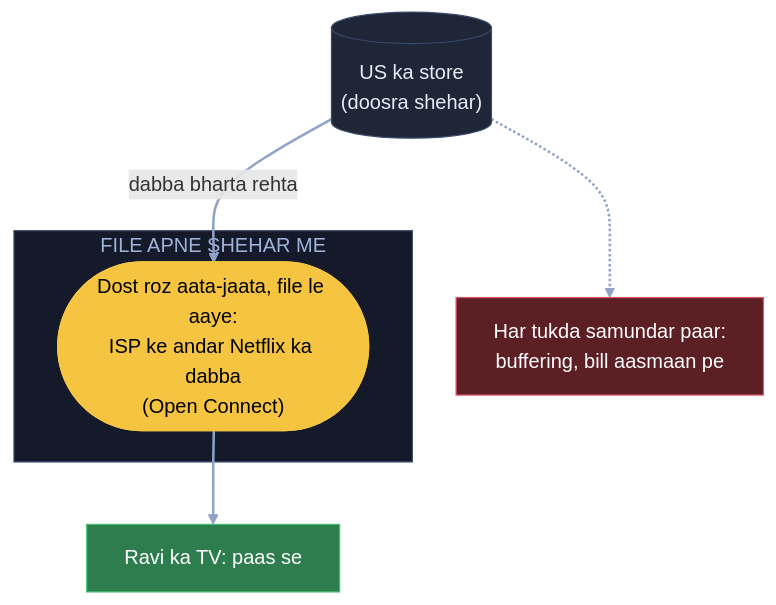
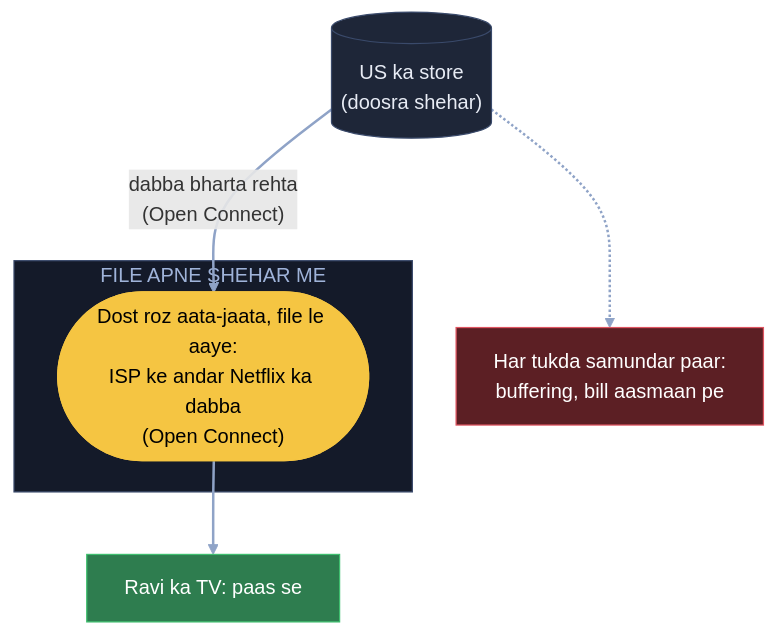
One commit to ArpanMaheshwari144/Prep changed the first of 9 diagrams in 04_HLD/SYSTEM_DESIGNS/18_netflix/18_netflix.md. Above: the diagram before and after it, drawn with Mermaid. The commit also changed other lines of this file and 22 other files, not shown here.

Commit message:
Diagram: sirf kahani ke dohraaye shabd pe bracket, us jagah notes wala matlab (207 label)

````diff
--- a/04_HLD/SYSTEM_DESIGNS/18_netflix/18_netflix.md
+++ b/04_HLD/SYSTEM_DESIGNS/18_netflix/18_netflix.md
@@ -71,18 +71,18 @@
 ```mermaid
 flowchart TB
     US[("US ka store<br/>(doosra shehar)")]:::card
     X["Har tukda samundar paar:<br/>buffering, bill aasmaan pe"]:::bad
     subgraph AS["FILE APNE SHEHAR ME"]
         B(["Dost roz aata-jaata, file le aaye:<br/>ISP ke andar Netflix ka dabba<br/>(Open Connect)"]):::pill
     end
     R["Ravi ka TV: paas se"]:::good
     US -.-> X
-    US -- "dabba bharta rehta" --> B
+    US -- "dabba bharta rehta<br/>(Open Connect)" --> B
     B --> R
     linkStyle default stroke:#8fa3c7,stroke-width:2px
     classDef card fill:#1e2638,stroke:#3a4a6b,color:#e8ecf5
     classDef pill fill:#f5c542,stroke:#f5c542,color:#000
     classDef good fill:#2e7d4f,stroke:#3fbf6f,color:#fff
     classDef bad fill:#5c1f24,stroke:#e05561,color:#fff
     style AS fill:#141a29,stroke:#3a4a6b,color:#9fb3d9
 ```
````
